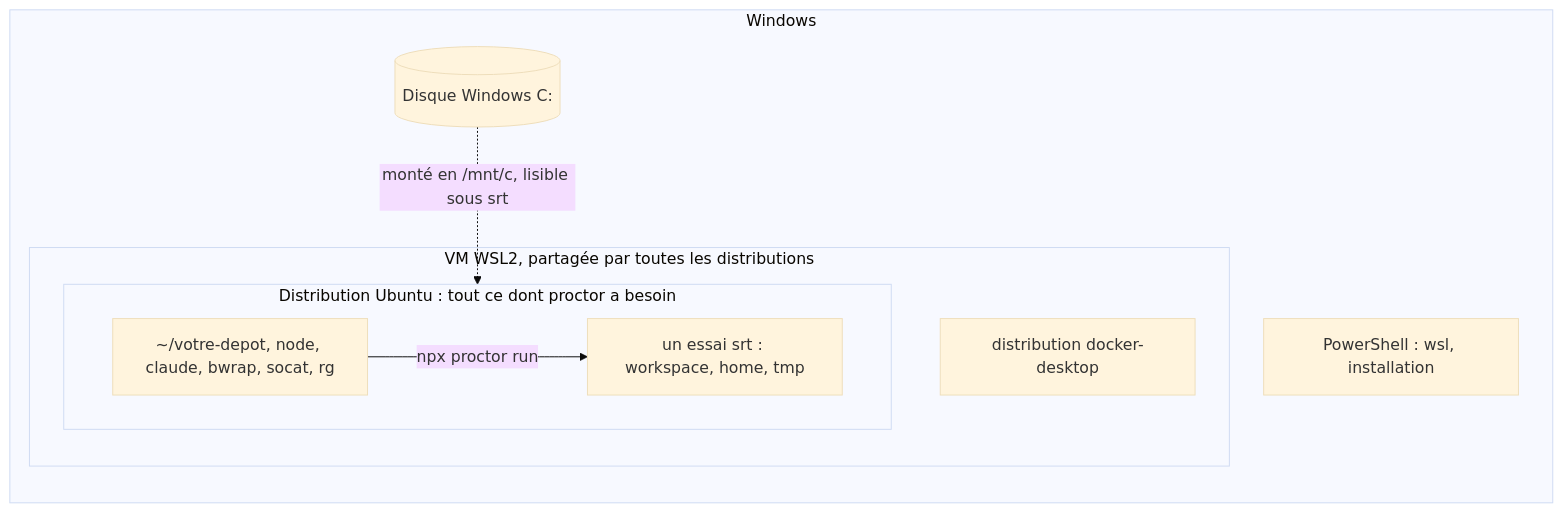
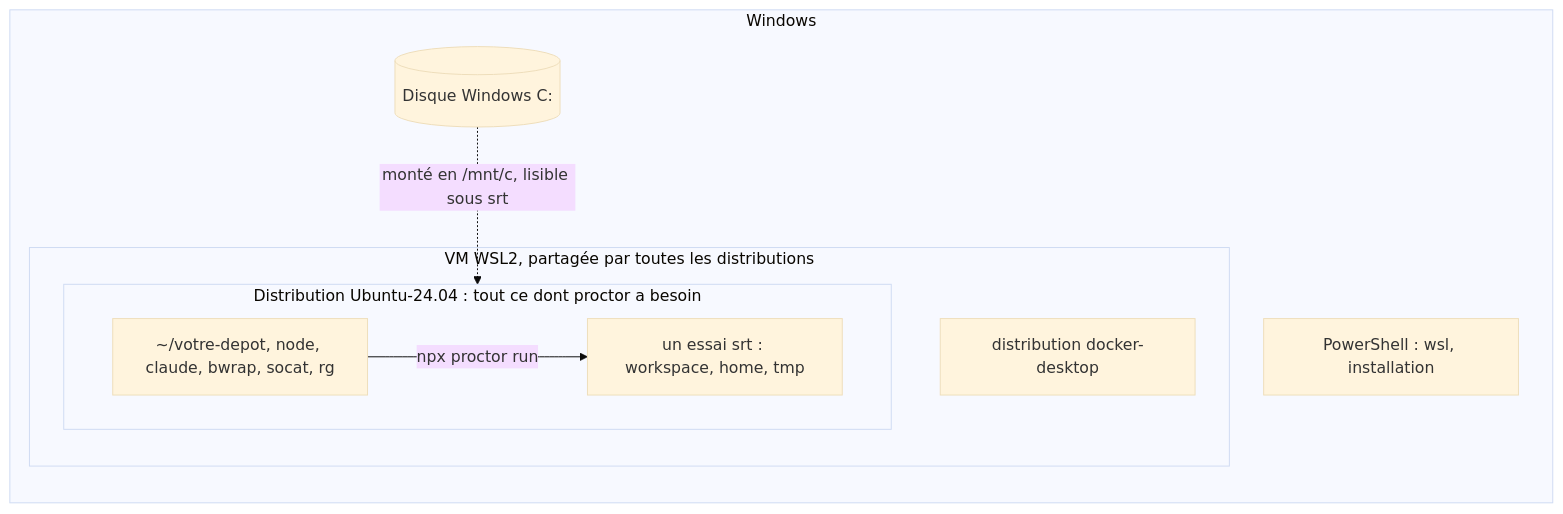
One commit to Luce-Florian/proctor changed the diagram in docs/fr/windows.md. Above: the diagram before and after it, drawn with Mermaid (base theme). The commit also changed other lines of this file and 1 other file, not shown here.

First line of the commit message:
docs: pin Ubuntu 24.04 in the Windows page

````diff
--- a/docs/fr/windows.md
+++ b/docs/fr/windows.md
@@ -5,16 +5,16 @@
 ```mermaid
 flowchart LR
     subgraph Windows
         PS["PowerShell : wsl, installation"]
         C[("Disque Windows C:")]
         subgraph VM["VM WSL2, partagée par toutes les distributions"]
-            subgraph Ubuntu["Distribution Ubuntu : tout ce dont proctor a besoin"]
+            subgraph Ubuntu["Distribution Ubuntu-24.04 : tout ce dont proctor a besoin"]
                 R["~/votre-depot, node, claude, bwrap, socat, rg"]
                 T["un essai srt : workspace, home, tmp"]
                 R -- "npx proctor run" --> T
             end
             D["distribution docker-desktop"]
         end
         C -. "monté en /mnt/c, lisible sous srt" .-> Ubuntu
     end
 ```
````
